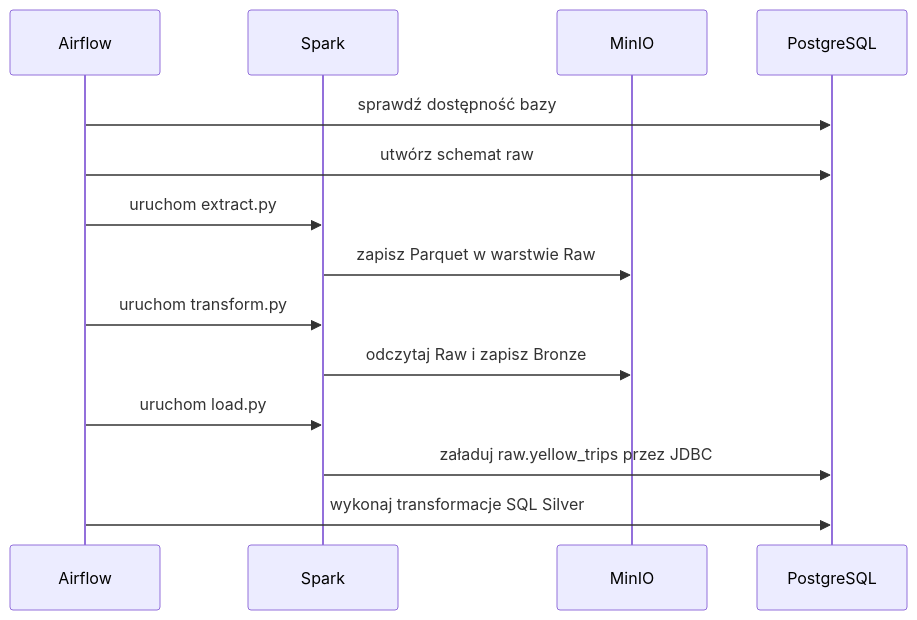
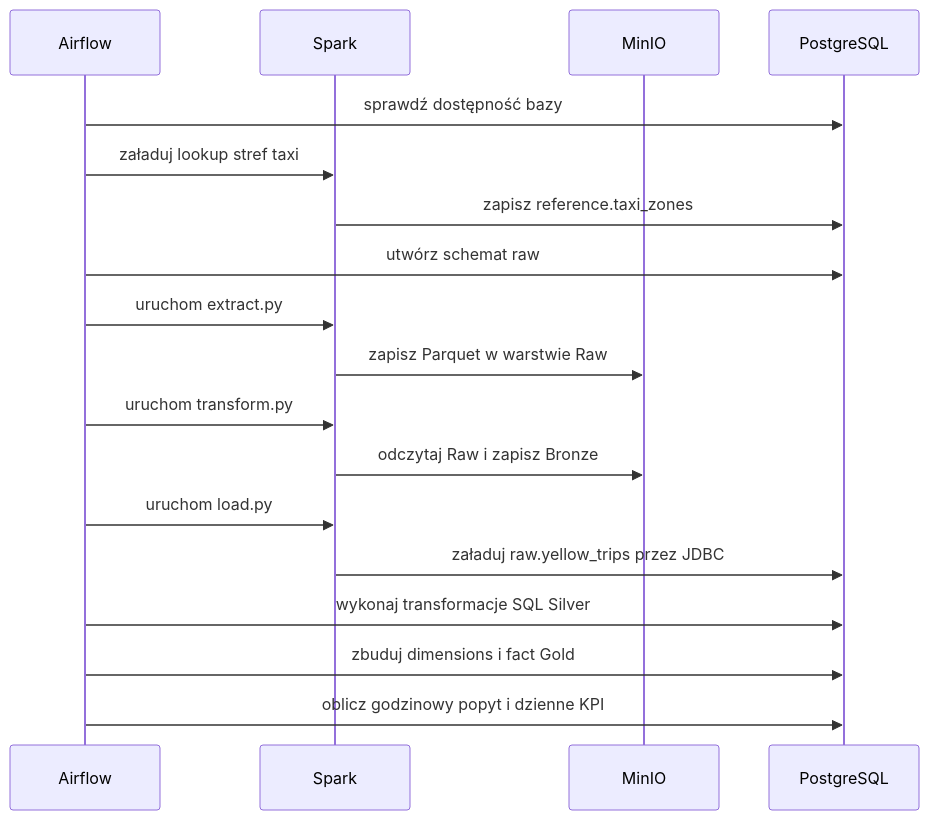
One commit to Turbo-Blender/nyc-taxi-lakehouse changed the second of 3 diagrams in README.md. Above: the diagram before and after it, drawn with Mermaid. The commit also changed other lines of this file and 3 other files, not shown here.

````diff
--- a/README.md
+++ b/README.md
@@ -107,17 +120,21 @@
 ```mermaid
 sequenceDiagram
     participant A as Airflow
     participant S as Spark
     participant M as MinIO
     participant P as PostgreSQL
 
     A->>P: sprawdź dostępność bazy
+    A->>S: załaduj lookup stref taxi
+    S->>P: zapisz reference.taxi_zones
     A->>P: utwórz schemat raw
     A->>S: uruchom extract.py
     S->>M: zapisz Parquet w warstwie Raw
     A->>S: uruchom transform.py
     S->>M: odczytaj Raw i zapisz Bronze
     A->>S: uruchom load.py
     S->>P: załaduj raw.yellow_trips przez JDBC
     A->>P: wykonaj transformacje SQL Silver
+    A->>P: zbuduj dimensions i fact Gold
+    A->>P: oblicz godzinowy popyt i dzienne KPI
 ```
````
